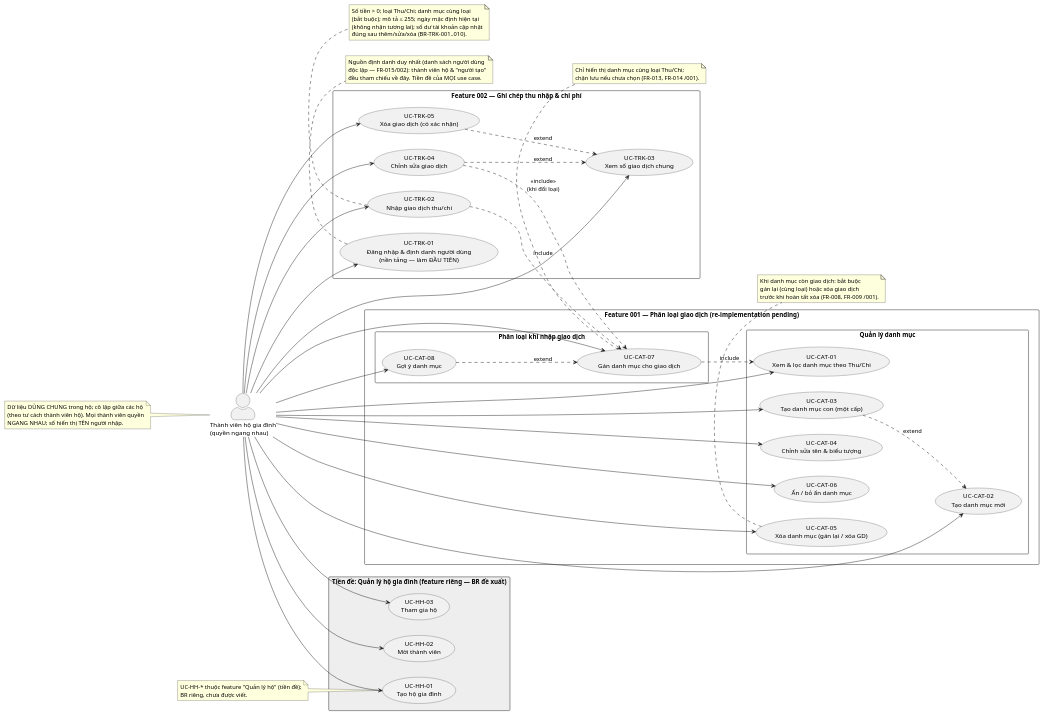
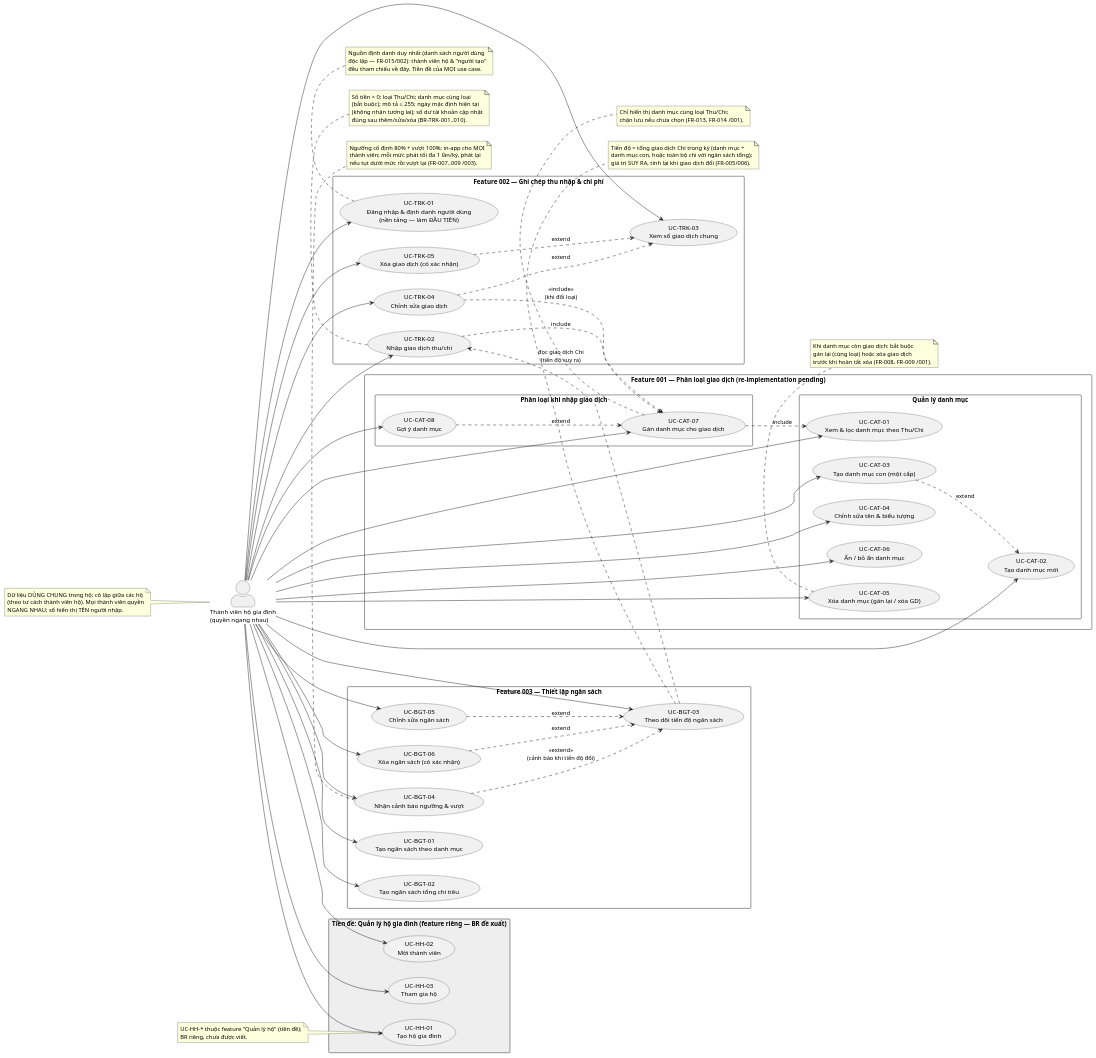
One commit to tuanpham197/mango-family changed the diagram in specs/diagrams/use-cases.puml. Above: the diagram before and after it, drawn with PlantUML. The commit also changed 41 other files, not shown here.

First line of the commit message:
docs(specs): planning artifacts cho 003-budgeting, 004-overview, 005-reports

```diff
--- a/specs/diagrams/use-cases.puml
+++ b/specs/diagrams/use-cases.puml
@@ -1,107 +1,143 @@
-@startuml Use Cases — Sổ tài chính hộ gia đình (feature 001 + 002)
-' Nguồn: specs/use-cases/<feature>/*.md · specs/001-*/spec.md · specs/002-*/spec.md
+@startuml Use Cases — Sổ tài chính hộ gia đình (feature 001 + 002 + 003)
+' Nguồn: specs/use-cases/<feature>/*.md · specs/001-*/spec.md · specs/002-*/spec.md · specs/003-*/spec.md
 ' 2026-06-29: app DÙNG CHUNG trong hộ gia đình, nhiều thành viên, quyền ngang nhau.
 ' 2026-07-06: thêm feature 002 (UC-TRK-01..05); người dùng là danh sách độc lập (FR-015/002).
 ' 2026-07-10: re-platform Go+Vue — bỏ chú thích RLS (cơ chế stack cũ); 001 → re-implementation pending.
+' 2026-07-13: thêm feature 003 (UC-BGT-01..06) — ngân sách theo danh mục/tổng, tiến độ & cảnh báo.
 left to right direction
 skinparam packageStyle rectangle
 skinparam shadowing false
 skinparam actorStyle awesome
 
 actor "Thành viên hộ gia đình\n(quyền ngang nhau)" as member
 
 rectangle "Feature 002 — Ghi chép thu nhập & chi phí" {
     usecase "UC-TRK-01\nĐăng nhập & định danh người dùng\n(nền tảng — làm ĐẦU TIÊN)" as TRK01
     usecase "UC-TRK-02\nNhập giao dịch thu/chi" as TRK02
     usecase "UC-TRK-03\nXem sổ giao dịch chung" as TRK03
     usecase "UC-TRK-04\nChỉnh sửa giao dịch" as TRK04
     usecase "UC-TRK-05\nXóa giao dịch (có xác nhận)" as TRK05
 }
 
 rectangle "Feature 001 — Phân loại giao dịch (re-implementation pending)" {
 
     package "Quản lý danh mục" {
         usecase "UC-CAT-01\nXem & lọc danh mục theo Thu/Chi" as UC01
         usecase "UC-CAT-02\nTạo danh mục mới" as UC02
         usecase "UC-CAT-03\nTạo danh mục con (một cấp)" as UC03
         usecase "UC-CAT-04\nChỉnh sửa tên & biểu tượng" as UC04
         usecase "UC-CAT-05\nXóa danh mục (gán lại / xóa GD)" as UC05
         usecase "UC-CAT-06\nẨn / bỏ ẩn danh mục" as UC06
     }
 
     package "Phân loại khi nhập giao dịch" {
         usecase "UC-CAT-07\nGán danh mục cho giao dịch" as UC07
         usecase "UC-CAT-08\nGợi ý danh mục" as UC08
     }
 }
 
+rectangle "Feature 003 — Thiết lập ngân sách" {
+    usecase "UC-BGT-01\nTạo ngân sách theo danh mục" as BGT01
+    usecase "UC-BGT-02\nTạo ngân sách tổng chi tiêu" as BGT02
+    usecase "UC-BGT-03\nTheo dõi tiến độ ngân sách" as BGT03
+    usecase "UC-BGT-04\nNhận cảnh báo ngưỡng & vượt" as BGT04
+    usecase "UC-BGT-05\nChỉnh sửa ngân sách" as BGT05
+    usecase "UC-BGT-06\nXóa ngân sách (có xác nhận)" as BGT06
+}
+
 rectangle "Tiền đề: Quản lý hộ gia đình (feature riêng — BR đề xuất)" #EEEEEE {
     usecase "UC-HH-01\nTạo hộ gia đình" as HH01
     usecase "UC-HH-02\nMời thành viên" as HH02
     usecase "UC-HH-03\nTham gia hộ" as HH03
 }
 
 member --> TRK01
 member --> TRK02
 member --> TRK03
 member --> TRK04
 member --> TRK05
 member --> UC01
 member --> UC02
 member --> UC03
 member --> UC04
 member --> UC05
 member --> UC06
 member --> UC07
 member --> UC08
+member --> BGT01
+member --> BGT02
+member --> BGT03
+member --> BGT04
+member --> BGT05
+member --> BGT06
 member --> HH01
 member --> HH02
 member --> HH03
 
 ' Quan hệ giữa các use case
 UC03 ..> UC02 : «extend»
 UC07 ..> UC01 : «include»
 UC08 ..> UC07 : «extend»
 TRK02 ..> UC07 : «include»
 TRK04 ..> TRK03 : «extend»
 TRK05 ..> TRK03 : «extend»
 TRK04 ..> UC07 : «include»\n(khi đổi loại)
+
+' Feature 003 — ngân sách
+BGT04 ..> BGT03 : «extend»\n(cảnh báo khi tiến độ đổi)
+BGT05 ..> BGT03 : «extend»
+BGT06 ..> BGT03 : «extend»
+' Phụ thuộc dữ liệu (không phải «include»/«extend»): tiến độ ngân sách SUY RA
+' từ giao dịch Chi (tạo/sửa/xóa qua TRK-02/04/05); ngân sách chỉ ĐỌC, không đổi.
+BGT03 ..> TRK02 : đọc giao dịch Chi\n(tiến độ suy ra)
 
 note bottom of TRK01
   Nguồn định danh duy nhất (danh sách người dùng
   độc lập — FR-015/002): thành viên hộ & "người tạo"
   đều tham chiếu về đây. Tiền đề của MỌI use case.
 end note
 
 note bottom of TRK02
   Số tiền > 0; loại Thu/Chi; danh mục cùng loại
   (bắt buộc); mô tả ≤ 255; ngày mặc định hiện tại
   (không nhận tương lai); số dư tài khoản cập nhật
   đúng sau thêm/sửa/xóa (BR-TRK-001..010).
 end note
 
 note bottom of UC05
   Khi danh mục còn giao dịch: bắt buộc
   gán lại (cùng loại) hoặc xóa giao dịch
   trước khi hoàn tất xóa (FR-008, FR-009 /001).
 end note
 
 note bottom of UC07
   Chỉ hiển thị danh mục cùng loại Thu/Chi;
   chặn lưu nếu chưa chọn (FR-013, FR-014 /001).
 end note
 
+note bottom of BGT04
+  Ngưỡng cố định 80% + vượt 100%; in-app cho MỌI
+  thành viên; mỗi mức phát tối đa 1 lần/kỳ, phát lại
+  nếu tụt dưới mức rồi vượt lại (FR-007..009 /003).
+end note
+
+note bottom of BGT03
+  Tiến độ = tổng giao dịch Chi trong kỳ (danh mục +
+  danh mục con, hoặc toàn bộ chi với ngân sách tổng);
+  giá trị SUY RA, tính lại khi giao dịch đổi (FR-005/006).
+end note
+
 note as N1
   Dữ liệu DÙNG CHUNG trong hộ; cô lập giữa các hộ
   (theo tư cách thành viên hộ). Mọi thành viên quyền
   NGANG NHAU; sổ hiển thị TÊN người nhập.
 end note
 N1 .. member
 
 note as N2
   UC-HH-* thuộc feature "Quản lý hộ" (tiền đề);
   BR riêng, chưa được viết.
 end note
 N2 .. HH01
 
 @enduml
```
